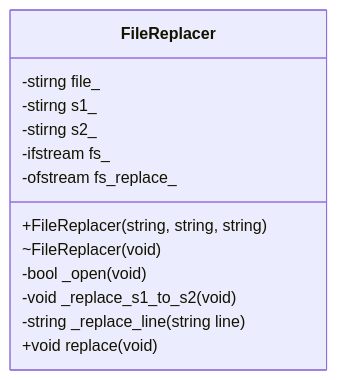
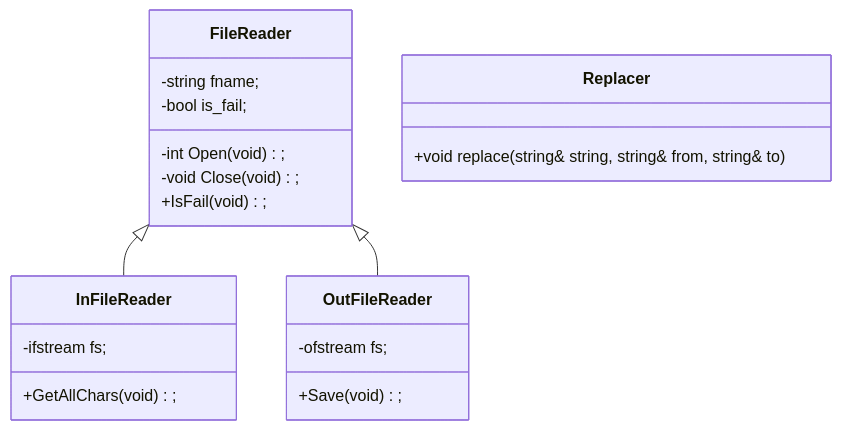
Before and after one commit to rikeda-cloud/cpp: the diagram in cpp01/ex04/asset/class_diagram.md, drawn with Mermaid. The commit also changed 10 other files, not shown here.

````diff
--- a/cpp01/ex04/asset/class_diagram.md
+++ b/cpp01/ex04/asset/class_diagram.md
@@ -1,19 +1,31 @@
 ```mermaid
 classDiagram
 
-class FILEREPLACER["FileReplacer"] {
-    -stirng         file_
-    -stirng         s1_ 
-    -stirng         s2_
-    -ifstream       fs_
-    -ofstream       fs_replace_
+FILEREADER <|-- INFILEREADER
+FILEREADER <|-- OUTFILEREADER
 
-    +FileReplacer(string, string, string)
-    ~FileReplacer(void)
-    -bool           _open(void)
-    -void           _replace_s1_to_s2(void)
-    -string         _replace_line(string line)
-    +void           replace(void)
+class REPLACER["Replacer"] {
+    +void           replace(string& string, string& from, string& to)
+}
+
+class FILEREADER["FileReader"] {
+    -string fname;
+    -bool   is_fail;
+
+    -int    Open(void);
+    -void   Close(void);
+
+    +IsFail(void);
+}
+
+class INFILEREADER["InFileReader"] {
+    -ifstream   fs;
+    +GetAllChars(void);
+}
+
+class OUTFILEREADER["OutFileReader"] {
+    -ofstream   fs;
+    +Save(void);
 }
 
 ```
````
